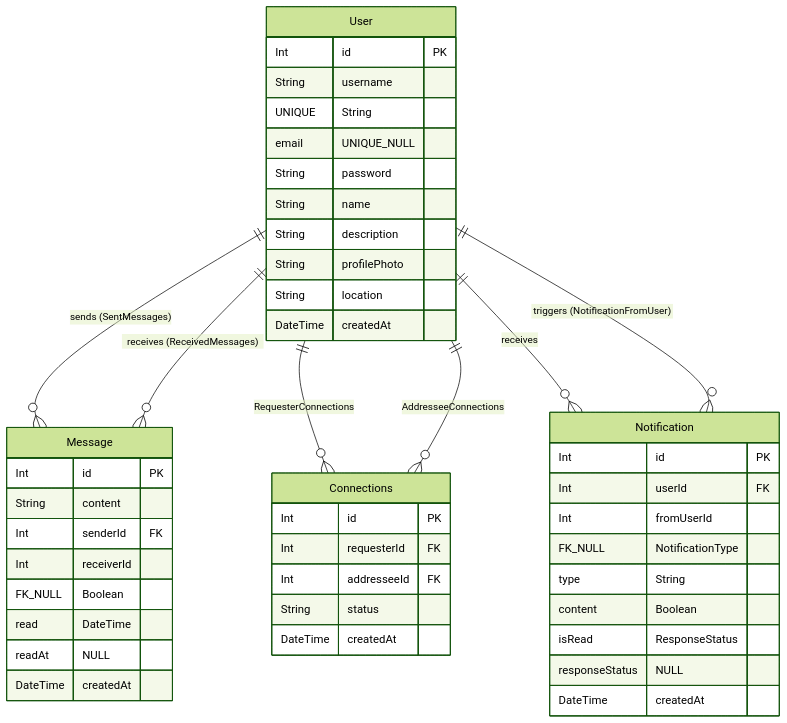
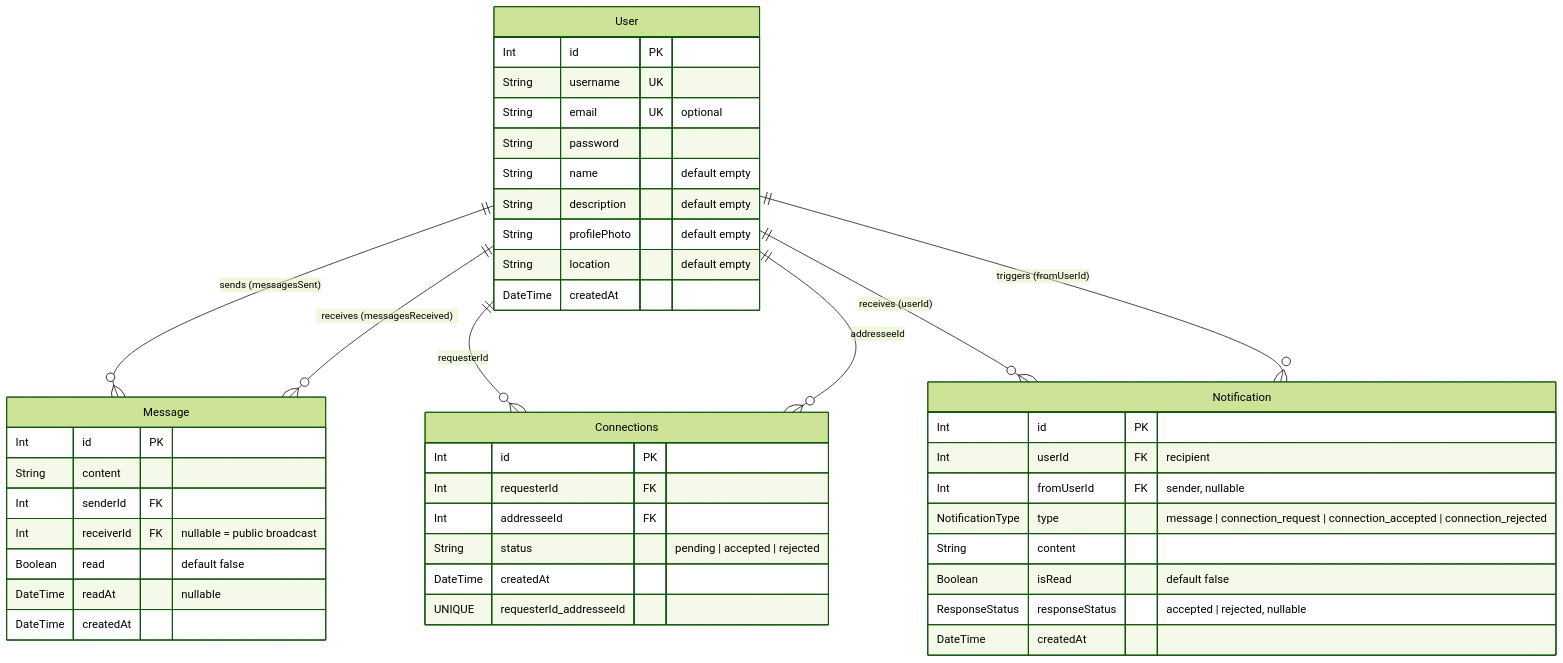
Before and after one commit to ayushgarg2005/Chat-Application: the second of 6 diagrams in README.md, drawn with Mermaid (forest theme). The commit also changed other lines of this file, not shown here.

````diff
--- a/README.md
+++ b/README.md
@@ -144,50 +151,51 @@
 ```mermaid
 erDiagram
     User {
         Int     id          PK
-        String  username    UNIQUE
-        String  email       UNIQUE_NULL
+        String  username    UK
+        String  email       UK "optional"
         String  password
-        String  name
-        String  description
-        String  profilePhoto
-        String  location
+        String  name        "default empty"
+        String  description "default empty"
+        String  profilePhoto "default empty"
+        String  location    "default empty"
         DateTime createdAt
     }
 
     Message {
-        Int      id          PK
+        Int      id         PK
         String   content
-        Int      senderId    FK
-        Int      receiverId  FK_NULL
-        Boolean  read
-        DateTime readAt      NULL
+        Int      senderId   FK
+        Int      receiverId FK "nullable = public broadcast"
+        Boolean  read       "default false"
+        DateTime readAt     "nullable"
         DateTime createdAt
     }
 
     Connections {
         Int      id           PK
         Int      requesterId  FK
         Int      addresseeId  FK
-        String   status
+        String   status       "pending | accepted | rejected"
         DateTime createdAt
+        UNIQUE   requesterId_addresseeId
     }
 
     Notification {
-        Int            id             PK
-        Int            userId         FK
-        Int            fromUserId     FK_NULL
-        NotificationType type
-        String         content
-        Boolean        isRead
-        ResponseStatus responseStatus NULL
-        DateTime       createdAt
+        Int              id             PK
+        Int              userId         FK  "recipient"
+        Int              fromUserId     FK  "sender, nullable"
+        NotificationType type           "message | connection_request | connection_accepted | connection_rejected"
+        String           content
+        Boolean          isRead         "default false"
+        ResponseStatus   responseStatus "accepted | rejected, nullable"
+        DateTime         createdAt
     }
 
-    User ||--o{ Message        : "sends (SentMessages)"
-    User ||--o{ Message        : "receives (ReceivedMessages)"
-    User ||--o{ Connections    : "RequesterConnections"
-    User ||--o{ Connections    : "AddresseeConnections"
-    User ||--o{ Notification   : "receives"
-    User ||--o{ Notification   : "triggers (NotificationFromUser)"
+    User ||--o{ Message    : "sends (messagesSent)"
+    User ||--o{ Message    : "receives (messagesReceived)"
+    User ||--o{ Connections : "requesterId"
+    User ||--o{ Connections : "addresseeId"
+    User ||--o{ Notification : "receives (userId)"
+    User ||--o{ Notification : "triggers (fromUserId)"
 ```
````
